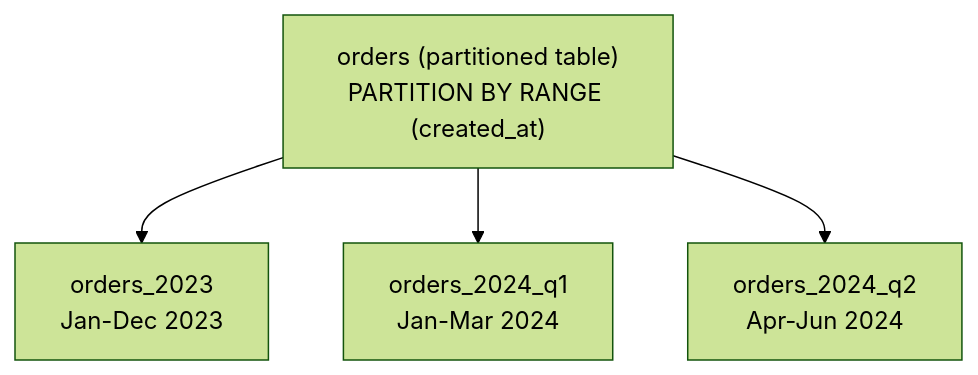
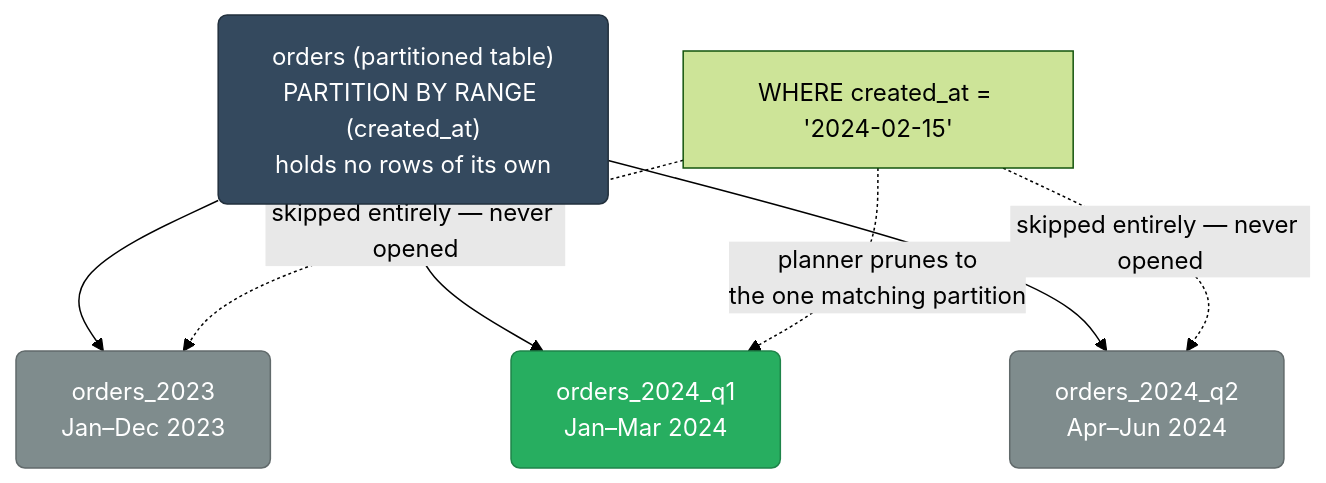
The tenth of 11 diagrams in databases/postgres-internals.md (deepanshu-rawat6/DevOpsIndex), drawn with Mermaid (forest theme) before and after one commit. The commit also changed other lines of this file and 7 other files, not shown here.

````diff
--- a/databases/postgres-internals.md
+++ b/databases/postgres-internals.md
@@ -358,8 +720,16 @@
 ```mermaid
 graph TD
-    PARENT["orders (partitioned table)<br>PARTITION BY RANGE (created_at)"]
-    P2023["orders_2023<br>Jan-Dec 2023"]
-    P2024Q1["orders_2024_q1<br>Jan-Mar 2024"]
-    P2024Q2["orders_2024_q2<br>Apr-Jun 2024"]
+    classDef parent fill:#34495e,stroke:#212f3c,color:#fff,rx:6
+    classDef scanned fill:#27ae60,stroke:#1e8449,color:#fff,rx:6
+    classDef skipped fill:#7f8c8d,stroke:#616a6b,color:#fff,rx:6
+
+    PARENT["orders (partitioned table)<br/>PARTITION BY RANGE (created_at)<br/>holds no rows of its own"]:::parent
+    P2023["orders_2023<br/>Jan–Dec 2023"]:::skipped
+    P2024Q1["orders_2024_q1<br/>Jan–Mar 2024"]:::scanned
+    P2024Q2["orders_2024_q2<br/>Apr–Jun 2024"]:::skipped
     PARENT --> P2023 & P2024Q1 & P2024Q2
+
+    QUERY["WHERE created_at = '2024-02-15'"] -.->|"planner prunes to<br/>the one matching partition"| P2024Q1
+    QUERY -.->|"skipped entirely — never opened"| P2023
+    QUERY -.->|"skipped entirely — never opened"| P2024Q2
 ```
````
